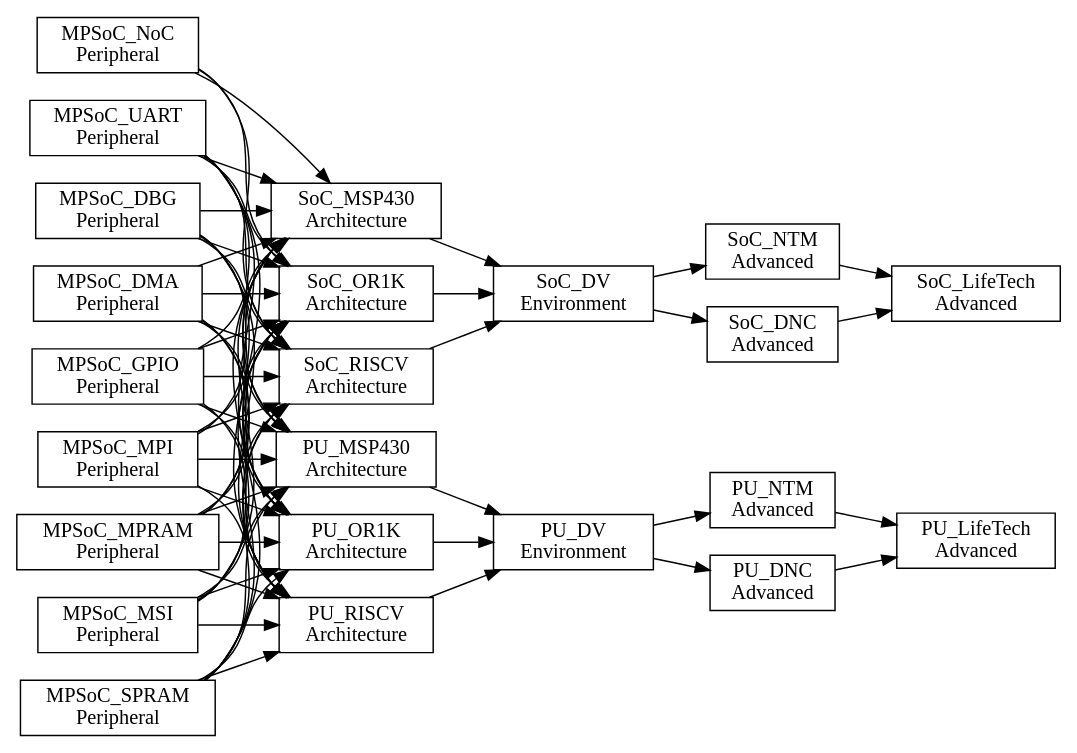
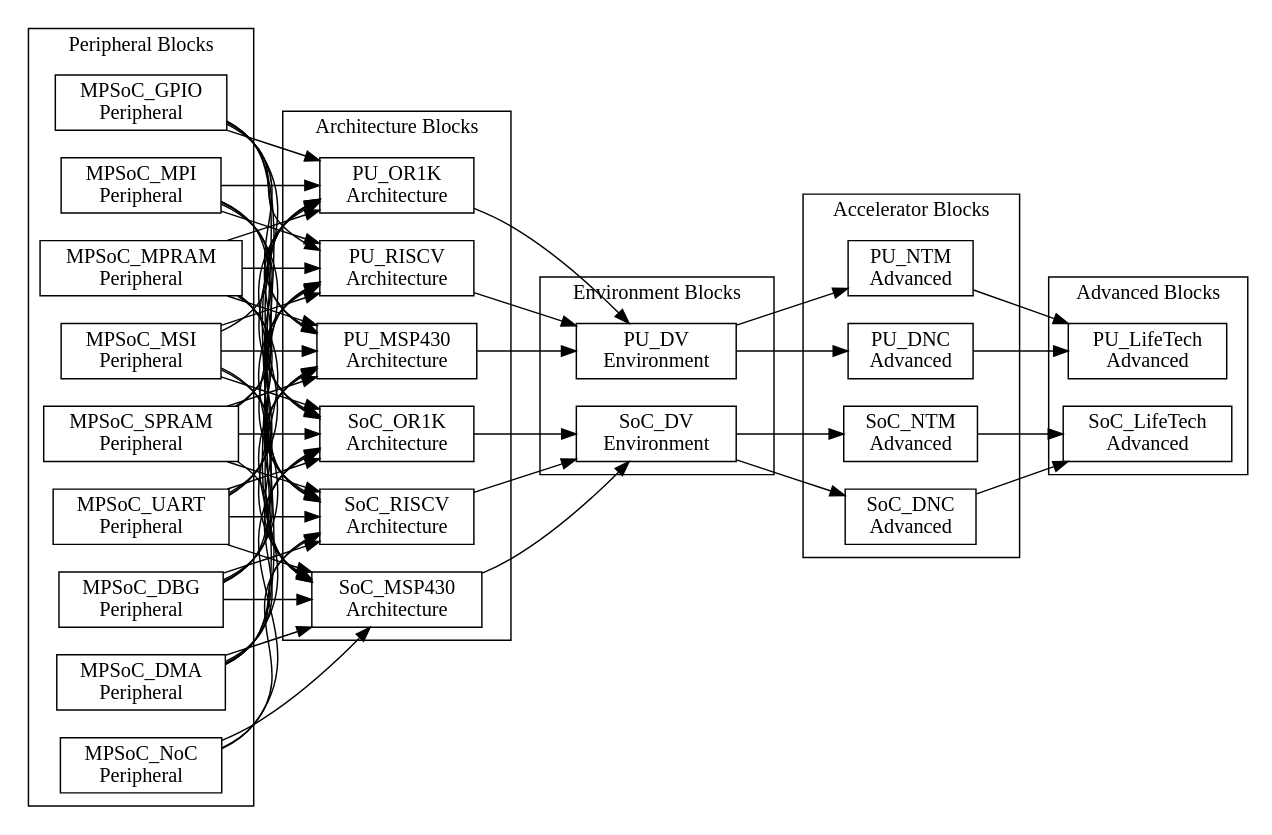
One commit to PacoReinaCampo/SoC-RTOS changed the diagram in doc/book/assets/chapter4/dependences-soc-lifetech.dot. Above: the diagram before and after it, drawn with Graphviz. The commit also changed 1048 other files, not shown here.

```diff
--- a/doc/book/assets/chapter4/dependences-soc-lifetech.dot
+++ b/doc/book/assets/chapter4/dependences-soc-lifetech.dot
@@ -1,122 +1,132 @@
 digraph Project {
   // Introduction
   graph [rankdir = LR];
   node[shape=record];
 
   // Peripheral Blocks
-  MPSoC_DBG[label="MPSoC_DBG \nPeripheral"];
-  MPSoC_DMA[label="MPSoC_DMA \nPeripheral"];
-  MPSoC_GPIO[label="MPSoC_GPIO \nPeripheral"];
-  MPSoC_MPI[label="MPSoC_MPI \nPeripheral"];
-  MPSoC_MPRAM[label="MPSoC_MPRAM \nPeripheral"];
-  MPSoC_MSI[label="MPSoC_MSI \nPeripheral"];
-  MPSoC_NoC[label="MPSoC_NoC \nPeripheral"];
-  MPSoC_SPRAM[label="MPSoC_SPRAM \nPeripheral"];
-  MPSoC_UART[label="MPSoC_UART \nPeripheral"];
+  subgraph "cluster PeripheralBlocks" { label = "Peripheral Blocks";
+    MPSoC_DBG[label="MPSoC_DBG \nPeripheral"];
+    MPSoC_DMA[label="MPSoC_DMA \nPeripheral"];
+    MPSoC_GPIO[label="MPSoC_GPIO \nPeripheral"];
+    MPSoC_MPI[label="MPSoC_MPI \nPeripheral"];
+    MPSoC_MPRAM[label="MPSoC_MPRAM \nPeripheral"];
+    MPSoC_MSI[label="MPSoC_MSI \nPeripheral"];
+    MPSoC_NoC[label="MPSoC_NoC \nPeripheral"];
+    MPSoC_SPRAM[label="MPSoC_SPRAM \nPeripheral"];
+    MPSoC_UART[label="MPSoC_UART \nPeripheral"];
+  }
 
   // Architecture Blocks
-  SoC_MSP430[label="SoC_MSP430 \nArchitecture"];
-  SoC_OR1K[label="SoC_OR1K \nArchitecture"];
-  SoC_RISCV[label="SoC_RISCV \nArchitecture"];
-  PU_MSP430[label="PU_MSP430 \nArchitecture"];
-  PU_OR1K[label="PU_OR1K \nArchitecture"];
-  PU_RISCV[label="PU_RISCV \nArchitecture"];
+  subgraph "cluster ArchitectureBlocks" { label = "Architecture Blocks";
+    SoC_MSP430[label="SoC_MSP430 \nArchitecture"];
+    SoC_OR1K[label="SoC_OR1K \nArchitecture"];
+    SoC_RISCV[label="SoC_RISCV \nArchitecture"];
+    PU_MSP430[label="PU_MSP430 \nArchitecture"];
+    PU_OR1K[label="PU_OR1K \nArchitecture"];
+    PU_RISCV[label="PU_RISCV \nArchitecture"];
+  }
 
   // Environment Blocks
-  SoC_DV[label="SoC_DV \nEnvironment"];
-  PU_DV[label="PU_DV \nEnvironment"];
+  subgraph "cluster EnvironmentBlocks" { label = "Environment Blocks";
+    SoC_DV[label="SoC_DV \nEnvironment"];
+    PU_DV[label="PU_DV \nEnvironment"];
+  }
 
   // Accelerator Blocks
-  SoC_NTM[label="SoC_NTM \nAdvanced"];
-  PU_NTM[label="PU_NTM \nAdvanced"];
+  subgraph "cluster AcceleratorBlocks" { label = "Accelerator Blocks";
+    SoC_NTM[label="SoC_NTM \nAdvanced"];
+    PU_NTM[label="PU_NTM \nAdvanced"];
 
-  SoC_DNC[label="SoC_DNC \nAdvanced"];
-  PU_DNC[label="PU_DNC \nAdvanced"];
+    SoC_DNC[label="SoC_DNC \nAdvanced"];
+    PU_DNC[label="PU_DNC \nAdvanced"];
+  }
 
   // Advanced Blocks
-  SoC_LifeTech[label="SoC_LifeTech \nAdvanced"];
-  PU_LifeTech[label="PU_LifeTech \nAdvanced"];
+  subgraph "cluster AdvancedBlocks" { label = "Advanced Blocks";
+    SoC_LifeTech[label="SoC_LifeTech \nAdvanced"];
+    PU_LifeTech[label="PU_LifeTech \nAdvanced"];
+  }
 
   // Peripheral -> Architecture
   MPSoC_DBG -> SoC_MSP430;
   MPSoC_DMA -> SoC_MSP430;
   MPSoC_GPIO -> SoC_MSP430;
   MPSoC_MPI -> SoC_MSP430;
   MPSoC_MPRAM -> SoC_MSP430;
   MPSoC_MSI -> SoC_MSP430;
   MPSoC_NoC -> SoC_MSP430;
   MPSoC_SPRAM -> SoC_MSP430;
   MPSoC_UART -> SoC_MSP430;
 
   MPSoC_DBG -> PU_MSP430;
   MPSoC_DMA -> PU_MSP430;
   MPSoC_GPIO -> PU_MSP430;
   MPSoC_MPI -> PU_MSP430;
   MPSoC_MPRAM -> PU_MSP430;
   MPSoC_MSI -> PU_MSP430;
   MPSoC_SPRAM -> PU_MSP430;
   MPSoC_UART -> PU_MSP430;
 
 
   MPSoC_DBG -> SoC_OR1K;
   MPSoC_DMA -> SoC_OR1K;
   MPSoC_GPIO -> SoC_OR1K;
   MPSoC_MPI -> SoC_OR1K;
   MPSoC_MPRAM -> SoC_OR1K;
   MPSoC_MSI -> SoC_OR1K;
   MPSoC_NoC -> SoC_OR1K;
   MPSoC_SPRAM -> SoC_OR1K;
   MPSoC_UART -> SoC_OR1K;
 
   MPSoC_DBG -> PU_OR1K;
   MPSoC_DMA -> PU_OR1K;
   MPSoC_GPIO -> PU_OR1K;
   MPSoC_MPI -> PU_OR1K;
   MPSoC_MPRAM -> PU_OR1K;
   MPSoC_MSI -> PU_OR1K;
   MPSoC_SPRAM -> PU_OR1K;
   MPSoC_UART -> PU_OR1K;
 
 
   MPSoC_DBG -> SoC_RISCV;
   MPSoC_DMA -> SoC_RISCV;
   MPSoC_GPIO -> SoC_RISCV;
   MPSoC_MPI -> SoC_RISCV;
   MPSoC_MPRAM -> SoC_RISCV;
   MPSoC_MSI -> SoC_RISCV;
   MPSoC_NoC -> SoC_RISCV;
   MPSoC_SPRAM -> SoC_RISCV;
   MPSoC_UART -> SoC_RISCV;
 
   MPSoC_DBG -> PU_RISCV;
   MPSoC_DMA -> PU_RISCV;
   MPSoC_GPIO -> PU_RISCV;
   MPSoC_MPI -> PU_RISCV;
   MPSoC_MPRAM -> PU_RISCV;
   MPSoC_MSI -> PU_RISCV;
   MPSoC_SPRAM -> PU_RISCV;
   MPSoC_UART -> PU_RISCV;
 
   // Architecture -> Environment
   PU_MSP430 -> PU_DV;
   PU_OR1K -> PU_DV;
   PU_RISCV -> PU_DV;
 
   SoC_MSP430 -> SoC_DV;
   SoC_OR1K -> SoC_DV;
   SoC_RISCV -> SoC_DV;
 
   // Environment -> Accelerator
   PU_DV -> PU_NTM;
   PU_DV -> PU_DNC;
 
   SoC_DV -> SoC_NTM;
   SoC_DV -> SoC_DNC;
 
   // Accelerator -> Advanced
   PU_NTM -> PU_LifeTech;
   PU_DNC -> PU_LifeTech;
 
   SoC_NTM -> SoC_LifeTech;
   SoC_DNC -> SoC_LifeTech;
 }
```
